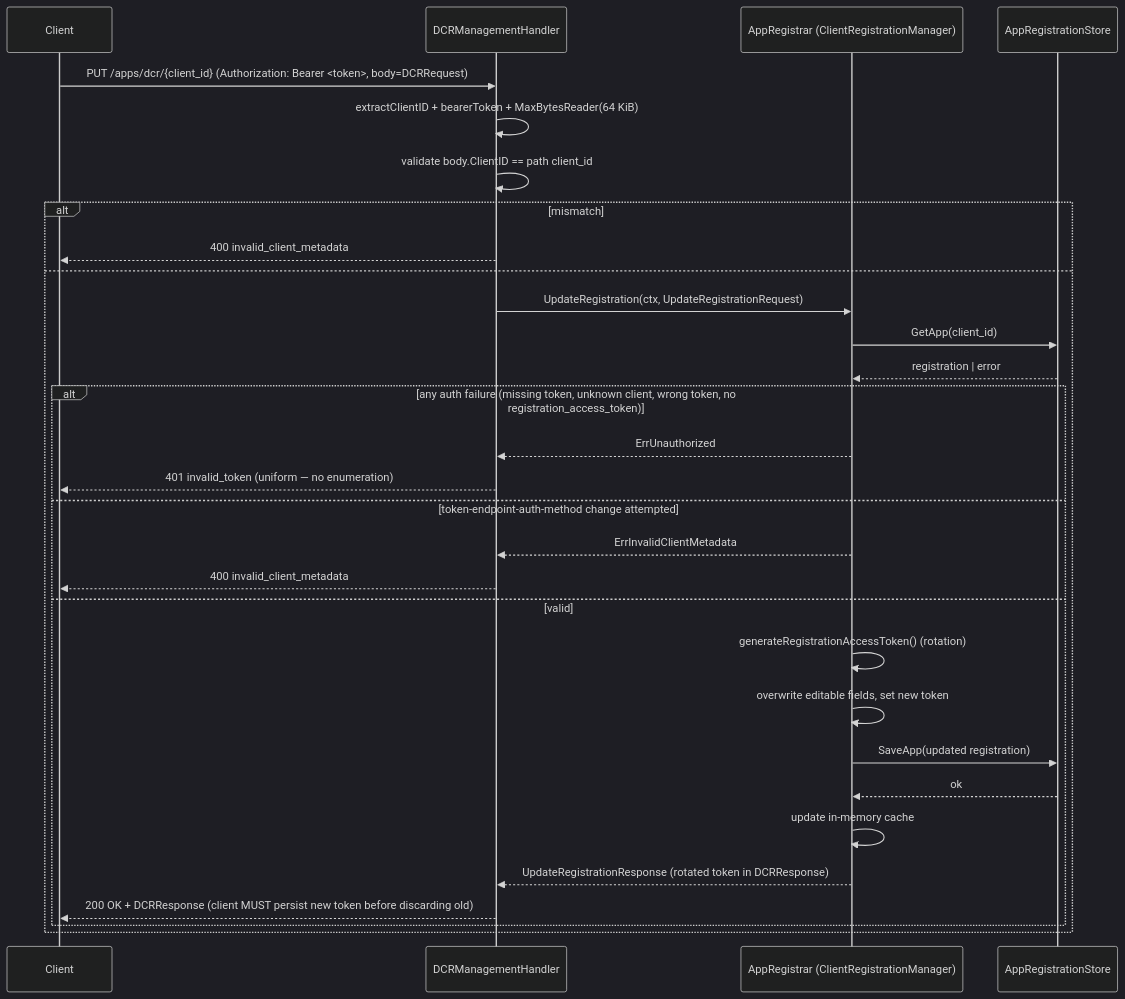
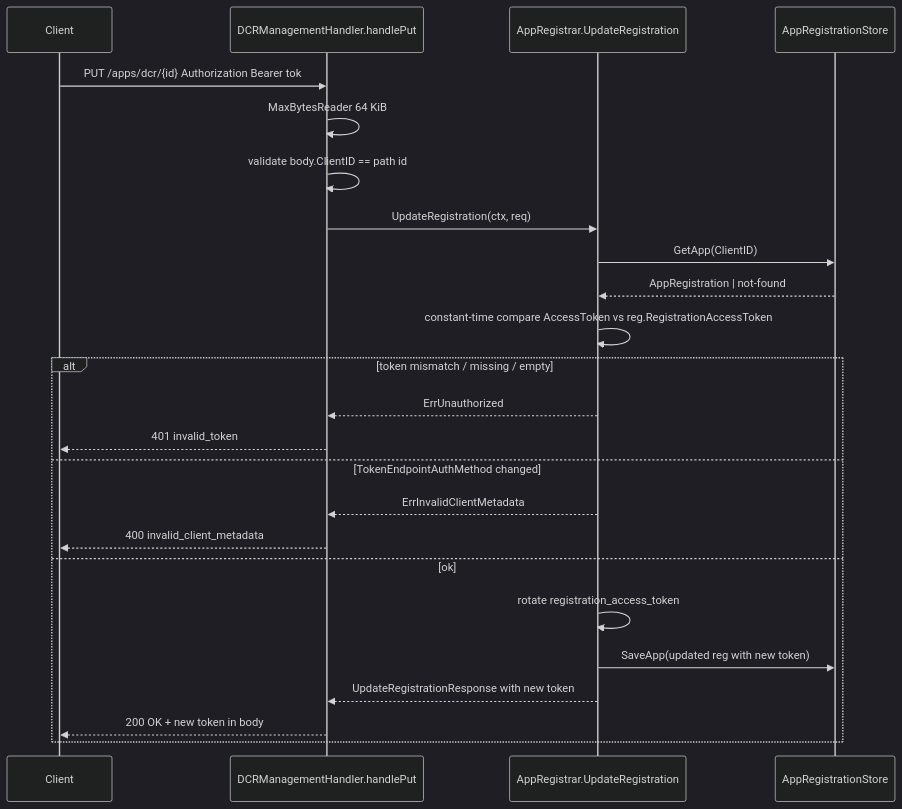
One commit to panyam/oneauth changed the second of 3 diagrams in admin/DESIGN.md. Above: the diagram before and after it, drawn with Mermaid (dark theme). The commit also changed other lines of this file and 38 other files, not shown here.

````diff
--- a/admin/DESIGN.md
+++ b/admin/DESIGN.md
@@ -127,33 +117,26 @@
 ```mermaid
 sequenceDiagram
     participant Client
-    participant Mgmt as DCRManagementHandler
-    participant Mgr as AppRegistrar (ClientRegistrationManager)
-    participant Store as AppRegistrationStore
-
-    Client->>Mgmt: PUT /apps/dcr/{client_id} (Authorization: Bearer <token>, body=DCRRequest)
-    Mgmt->>Mgmt: extractClientID + bearerToken + MaxBytesReader(64 KiB)
-    Mgmt->>Mgmt: validate body.ClientID == path client_id
-    alt mismatch
-        Mgmt-->>Client: 400 invalid_client_metadata
-    else
-        Mgmt->>Mgr: UpdateRegistration(ctx, UpdateRegistrationRequest)
-        Mgr->>Store: GetApp(client_id)
-        Store-->>Mgr: registration | error
-        alt any auth failure (missing token, unknown client, wrong token, no registration_access_token)
-            Mgr-->>Mgmt: ErrUnauthorized
-            Mgmt-->>Client: 401 invalid_token (uniform — no enumeration)
-        else token-endpoint-auth-method change attempted
-            Mgr-->>Mgmt: ErrInvalidClientMetadata
-            Mgmt-->>Client: 400 invalid_client_metadata
-        else valid
-            Mgr->>Mgr: generateRegistrationAccessToken() (rotation)
-            Mgr->>Mgr: overwrite editable fields, set new token
-            Mgr->>Store: SaveApp(updated registration)
-            Store-->>Mgr: ok
-            Mgr->>Mgr: update in-memory cache
-            Mgr-->>Mgmt: UpdateRegistrationResponse (rotated token in DCRResponse)
-            Mgmt-->>Client: 200 OK + DCRResponse (client MUST persist new token before discarding old)
-        end
+    participant H as DCRManagementHandler.handlePut
+    participant M as AppRegistrar.UpdateRegistration
+    participant S as AppRegistrationStore
+    Client->>H: PUT /apps/dcr/{id} Authorization Bearer tok
+    H->>H: MaxBytesReader 64 KiB
+    H->>H: validate body.ClientID == path id
+    H->>M: UpdateRegistration(ctx, req)
+    M->>S: GetApp(ClientID)
+    S-->>M: AppRegistration | not-found
+    M->>M: constant-time compare AccessToken vs reg.RegistrationAccessToken
+    alt token mismatch / missing / empty
+        M-->>H: ErrUnauthorized
+        H-->>Client: 401 invalid_token
+    else TokenEndpointAuthMethod changed
+        M-->>H: ErrInvalidClientMetadata
+        H-->>Client: 400 invalid_client_metadata
+    else ok
+        M->>M: rotate registration_access_token
+        M->>S: SaveApp(updated reg with new token)
+        M-->>H: UpdateRegistrationResponse with new token
+        H-->>Client: 200 OK + new token in body
     end
 ```
````
